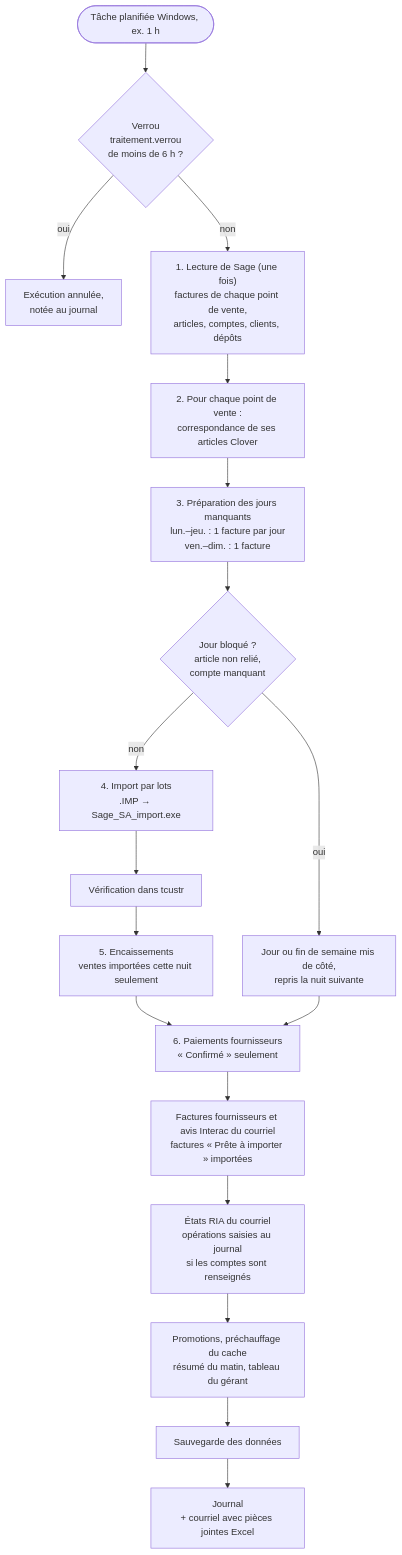
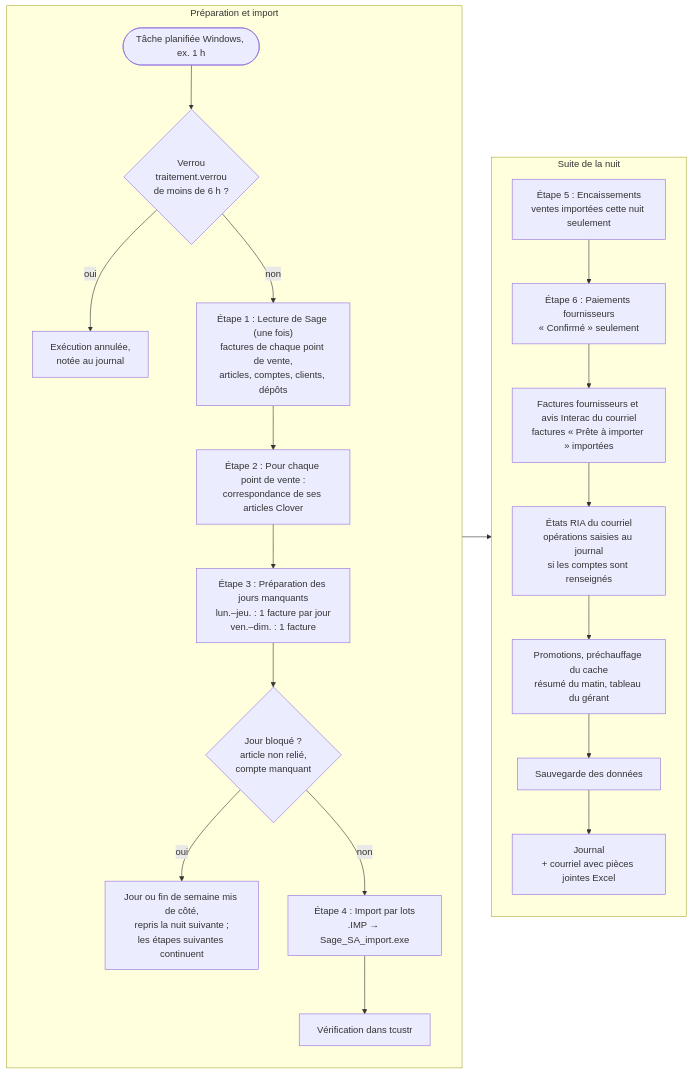
Before and after one commit to mteingueng-dot/MVOGMBI_Sync_2026.1: the fourth of 21 diagrams in ARCHITECTURE.md, drawn with Mermaid. The commit also changed other lines of this file and 34 other files, not shown here.

````diff
--- a/ARCHITECTURE.md
+++ b/ARCHITECTURE.md
@@ -252,20 +257,26 @@
 ```mermaid
-flowchart TD
+flowchart LR
+  subgraph S1 ["Préparation et import"]
+    direction TB
     A(["Tâche planifiée Windows, ex. 1 h"]) --> B{"Verrou<br/>traitement.verrou<br/>de moins de 6 h ?"}
     B -- oui --> Z1["Exécution annulée,<br/>notée au journal"]
-    B -- non --> C["1. Lecture de Sage (une fois)<br/>factures de chaque point de vente,<br/>articles, comptes, clients, dépôts"]
-    C --> D["2. Pour chaque point de vente :<br/>correspondance de ses articles Clover"]
-    D --> E["3. Préparation des jours manquants<br/>lun.–jeu. : 1 facture par jour<br/>ven.–dim. : 1 facture"]
+    B -- non --> C["Étape 1 : Lecture de Sage (une fois)<br/>factures de chaque point de vente,<br/>articles, comptes, clients, dépôts"]
+    C --> D["Étape 2 : Pour chaque point de vente :<br/>correspondance de ses articles Clover"]
+    D --> E["Étape 3 : Préparation des jours manquants<br/>lun.–jeu. : 1 facture par jour<br/>ven.–dim. : 1 facture"]
     E --> F{"Jour bloqué ?<br/>article non relié,<br/>compte manquant"}
-    F -- oui --> G["Jour ou fin de semaine mis de côté,<br/>repris la nuit suivante"]
-    F -- non --> H["4. Import par lots<br/>.IMP → Sage_SA_import.exe"]
+    F -- oui --> G["Jour ou fin de semaine mis de côté,<br/>repris la nuit suivante ;<br/>les étapes suivantes continuent"]
+    F -- non --> H["Étape 4 : Import par lots<br/>.IMP → Sage_SA_import.exe"]
     H --> I["Vérification dans tcustr"]
-    I --> J["5. Encaissements<br/>ventes importées cette nuit seulement"]
-    J --> K["6. Paiements fournisseurs<br/>« Confirmé » seulement"]
-    G --> K
+  end
+  subgraph S2 ["Suite de la nuit"]
+    direction TB
+    J["Étape 5 : Encaissements<br/>ventes importées cette nuit seulement"]
+    J --> K["Étape 6 : Paiements fournisseurs<br/>« Confirmé » seulement"]
     K --> K2["Factures fournisseurs et avis Interac du courriel<br/>factures « Prête à importer » importées"]
     K2 --> K3["États RIA du courriel<br/>opérations saisies au journal<br/>si les comptes sont renseignés"]
     K3 --> L["Promotions, préchauffage du cache<br/>résumé du matin, tableau du gérant"]
     L --> L2["Sauvegarde des données"]
     L2 --> M["Journal<br/>+ courriel avec pièces jointes Excel"]
+  end
+  S1 --> S2
 ```
````
